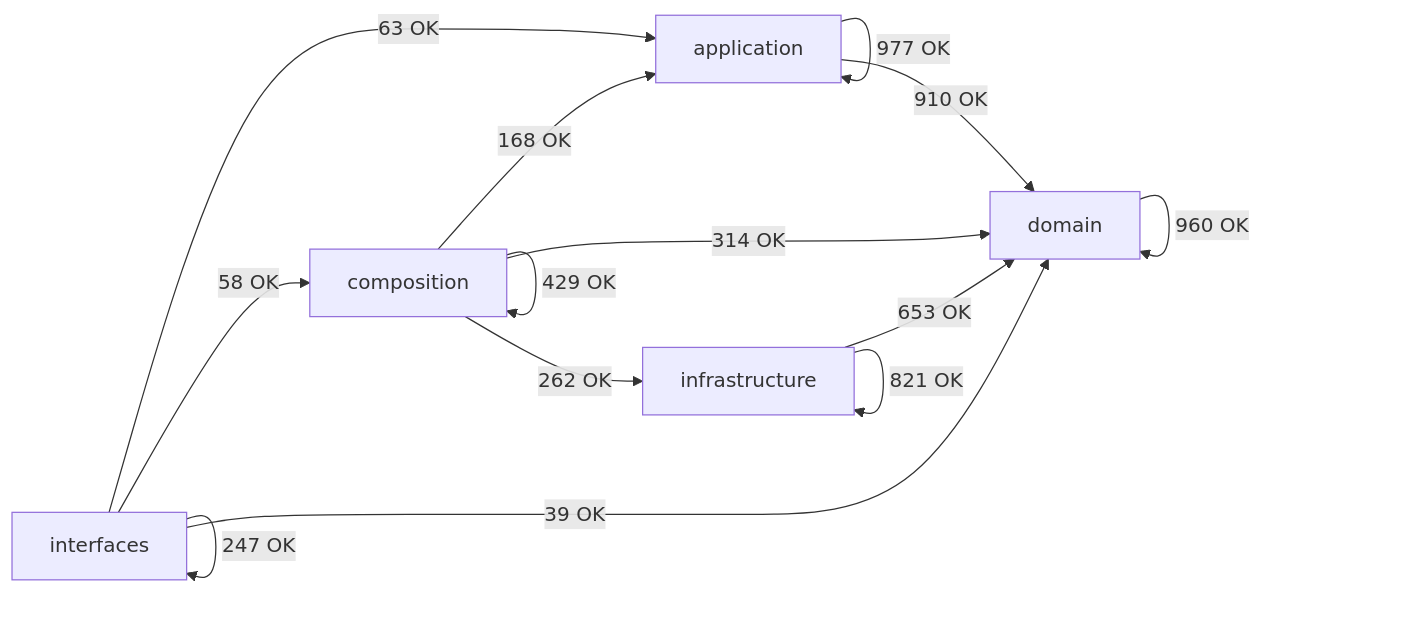
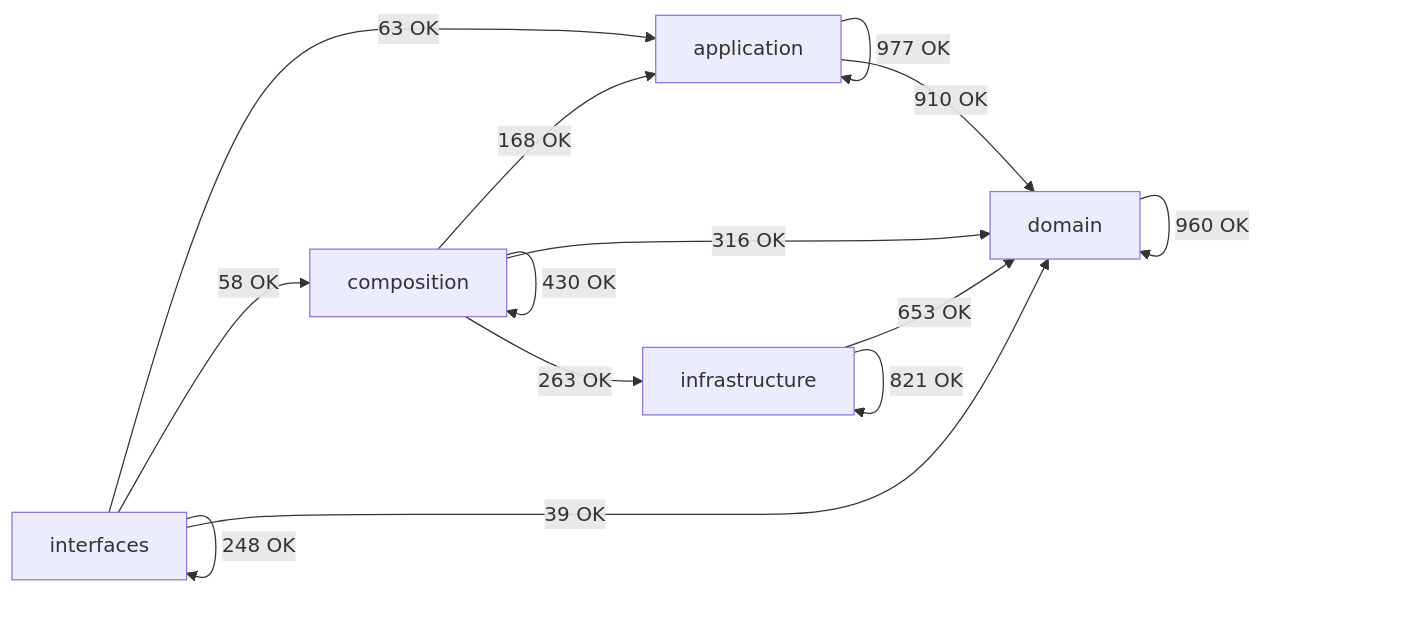
One commit to SatoryKono/BioactivityDataAcquisition changed the diagram in docs/02-architecture/generated/module-dependency-map.md. Above: the diagram before and after it, drawn with Mermaid. The commit also changed other lines of this file and 82 other files, not shown here.

````diff
--- a/docs/02-architecture/generated/module-dependency-map.md
+++ b/docs/02-architecture/generated/module-dependency-map.md
@@ -17,21 +17,21 @@
 ```mermaid
 flowchart LR
     domain[domain]
     application[application]
     infrastructure[infrastructure]
     composition[composition]
     interfaces[interfaces]
     application -->|977 OK| application
     application -->|910 OK| domain
     composition -->|168 OK| application
-    composition -->|429 OK| composition
-    composition -->|314 OK| domain
-    composition -->|262 OK| infrastructure
+    composition -->|430 OK| composition
+    composition -->|316 OK| domain
+    composition -->|263 OK| infrastructure
     domain -->|960 OK| domain
     infrastructure -->|653 OK| domain
     infrastructure -->|821 OK| infrastructure
     interfaces -->|63 OK| application
     interfaces -->|58 OK| composition
     interfaces -->|39 OK| domain
-    interfaces -->|247 OK| interfaces
+    interfaces -->|248 OK| interfaces
 ```
````
